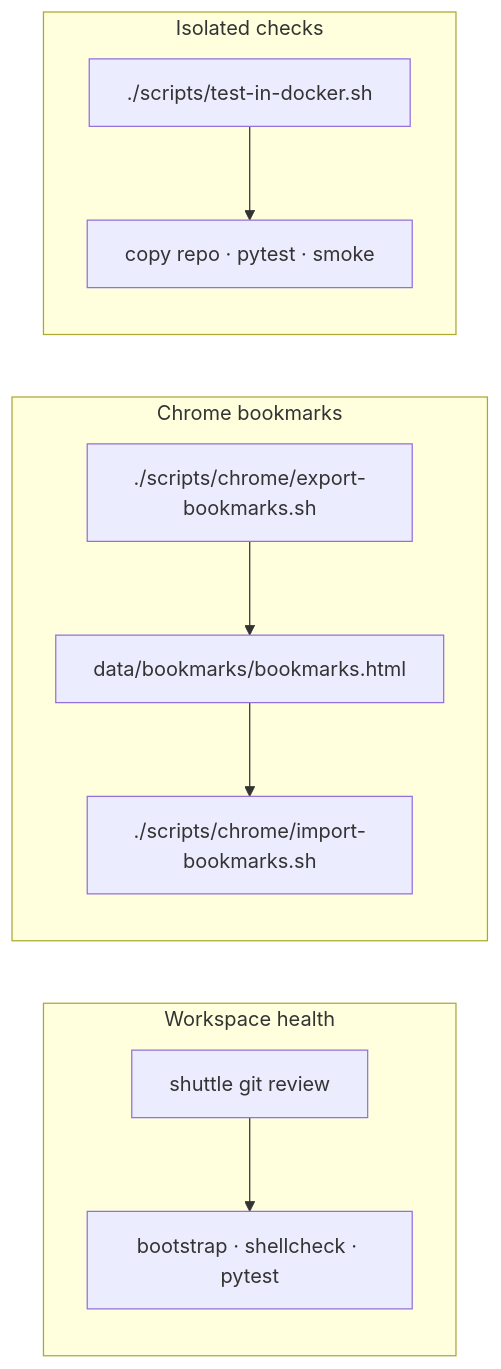
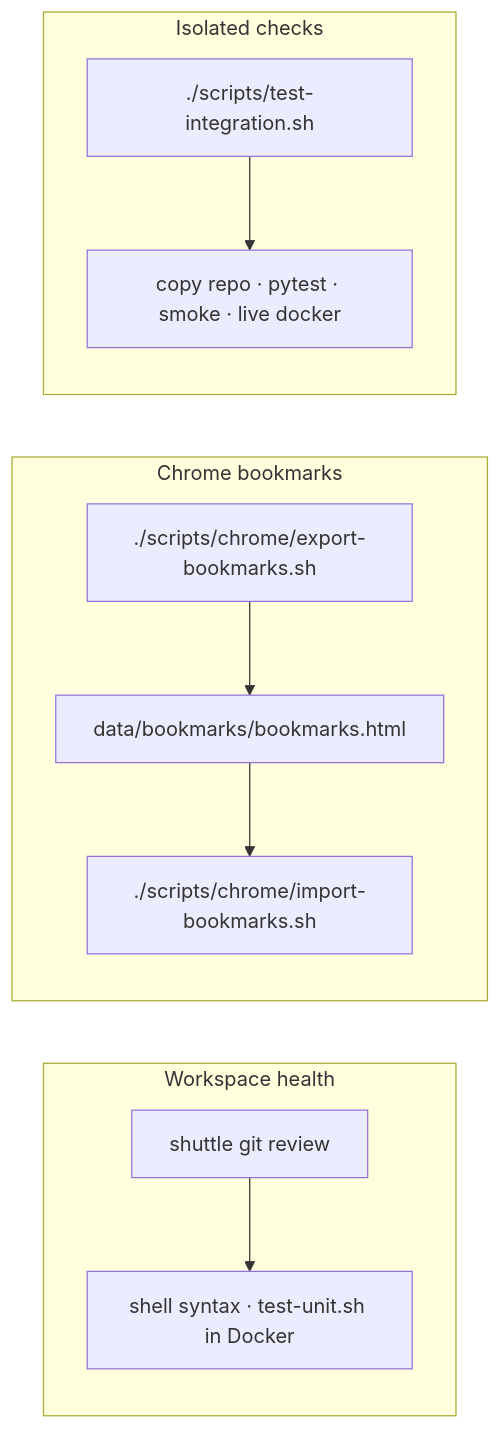
Before and after one commit to gardusig/shuttle-cli: the sixth of 7 diagrams in docs/workflows.md, drawn with Mermaid. The commit also changed other lines of this file and 69 other files, not shown here.

First line of the commit message:
Unify git reset/push workflow, add shuttle docker, expand integration tests (#11)

````diff
--- a/docs/workflows.md
+++ b/docs/workflows.md
@@ -128,21 +128,21 @@
 ```mermaid
 flowchart LR
     subgraph review [Workspace health]
         R1["shuttle git review"]
-        R2["bootstrap · shellcheck · pytest"]
+        R2["shell syntax · test-unit.sh in Docker"]
         R1 --> R2
     end
 
     subgraph bookmarks [Chrome bookmarks]
         B1["./scripts/chrome/export-bookmarks.sh"]
         B2["data/bookmarks/bookmarks.html"]
         B3["./scripts/chrome/import-bookmarks.sh"]
         B1 --> B2 --> B3
     end
 
     subgraph docker [Isolated checks]
-        D1["./scripts/test-in-docker.sh"]
-        D2["copy repo · pytest · smoke"]
+        D1["./scripts/test-integration.sh"]
+        D2["copy repo · pytest · smoke · live docker"]
         D1 --> D2
     end
 ```
````
